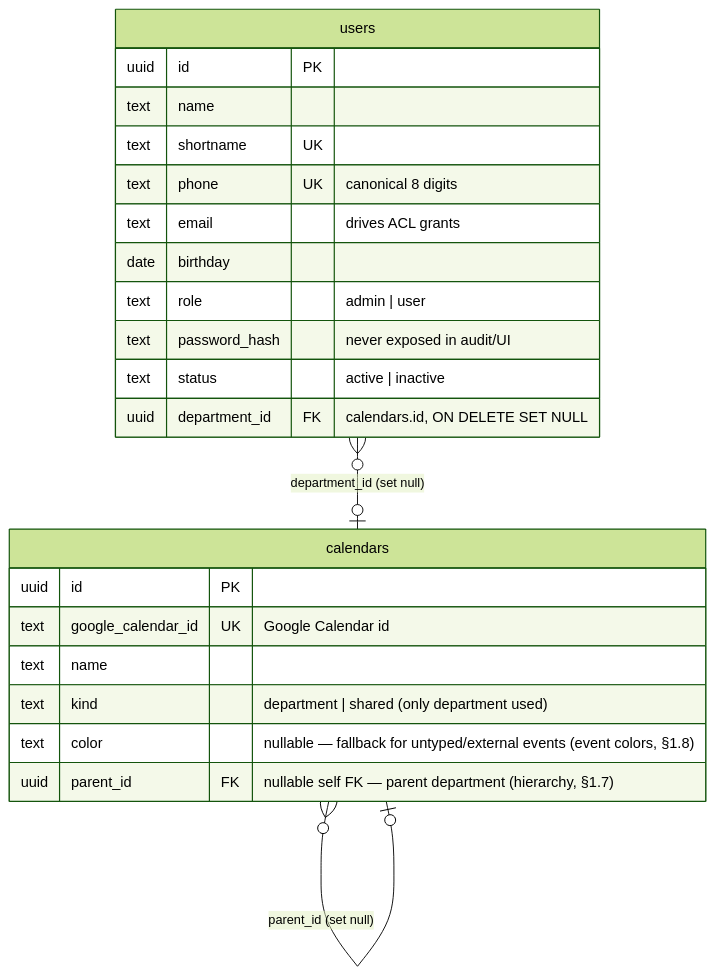
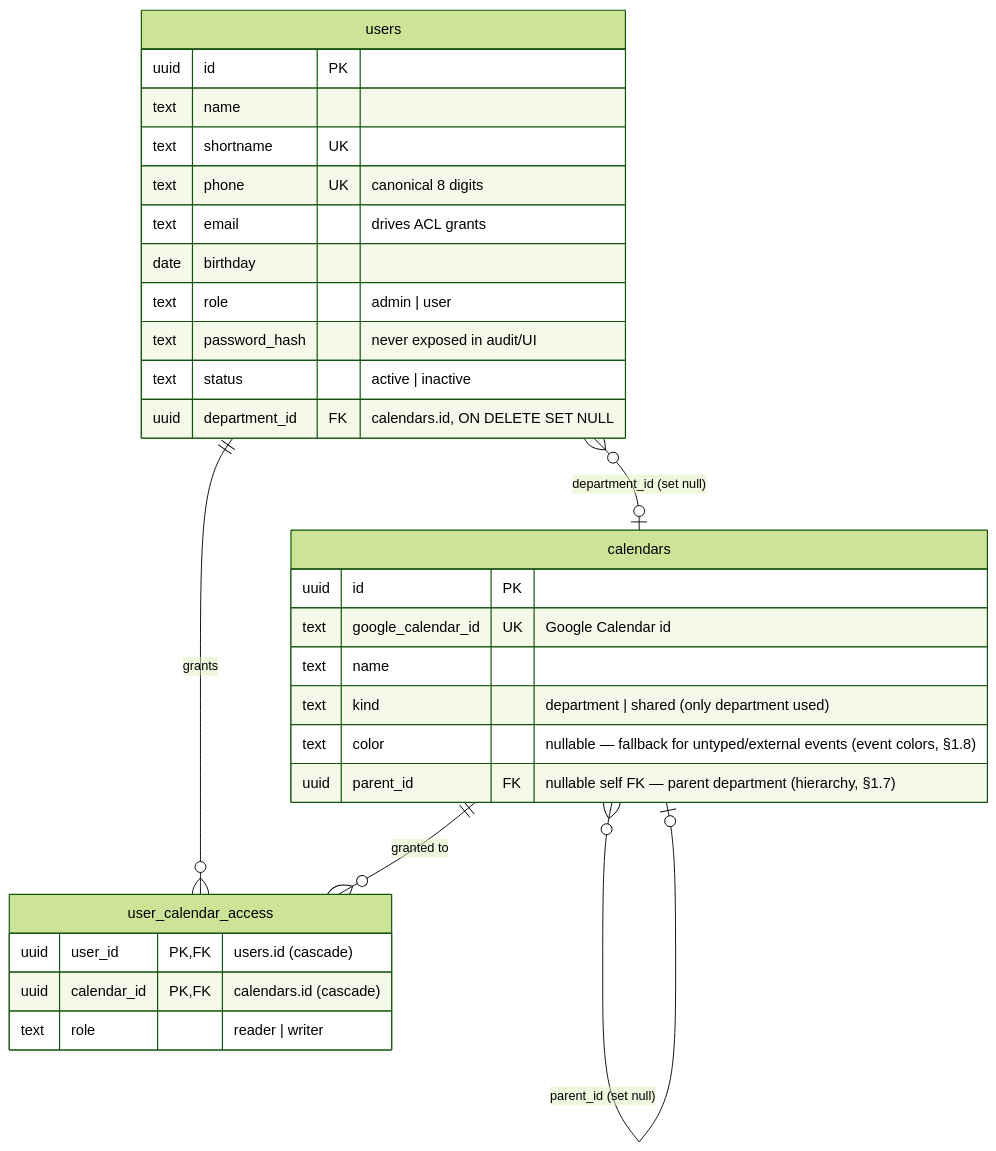
The second of 6 diagrams in docs/roster-sharing.md (oncloudnintynineone-source/cloudy2), drawn with Mermaid (forest theme) before and after one commit. The commit also changed other lines of this file and 20 other files, not shown here.

Commit message:
Users tab: cross-department calendar access (user_calendar_access grants, adoption, block on roster emails)

````diff
--- a/docs/roster-sharing.md
+++ b/docs/roster-sharing.md
@@ -105,25 +109,32 @@
 ```mermaid
 erDiagram
     calendars {
         uuid id PK
         text google_calendar_id UK "Google Calendar id"
         text name
         text kind "department | shared (only department used)"
         text color "nullable — fallback for untyped/external events (event colors, §1.8)"
         uuid parent_id FK "nullable self FK — parent department (hierarchy, §1.7)"
     }
     users {
         uuid id PK
         text name
         text shortname UK
         text phone UK "canonical 8 digits"
         text email "drives ACL grants"
         date birthday
         text role "admin | user"
         text password_hash "never exposed in audit/UI"
         text status "active | inactive"
         uuid department_id FK "calendars.id, ON DELETE SET NULL"
     }
     users }o--o| calendars : "department_id (set null)"
     calendars }o--o| calendars : "parent_id (set null)"
+    user_calendar_access {
+        uuid user_id PK, FK "users.id (cascade)"
+        uuid calendar_id PK, FK "calendars.id (cascade)"
+        text role "reader | writer"
+    }
+    users ||--o{ user_calendar_access : "grants"
+    calendars ||--o{ user_calendar_access : "granted to"
 ```
````
